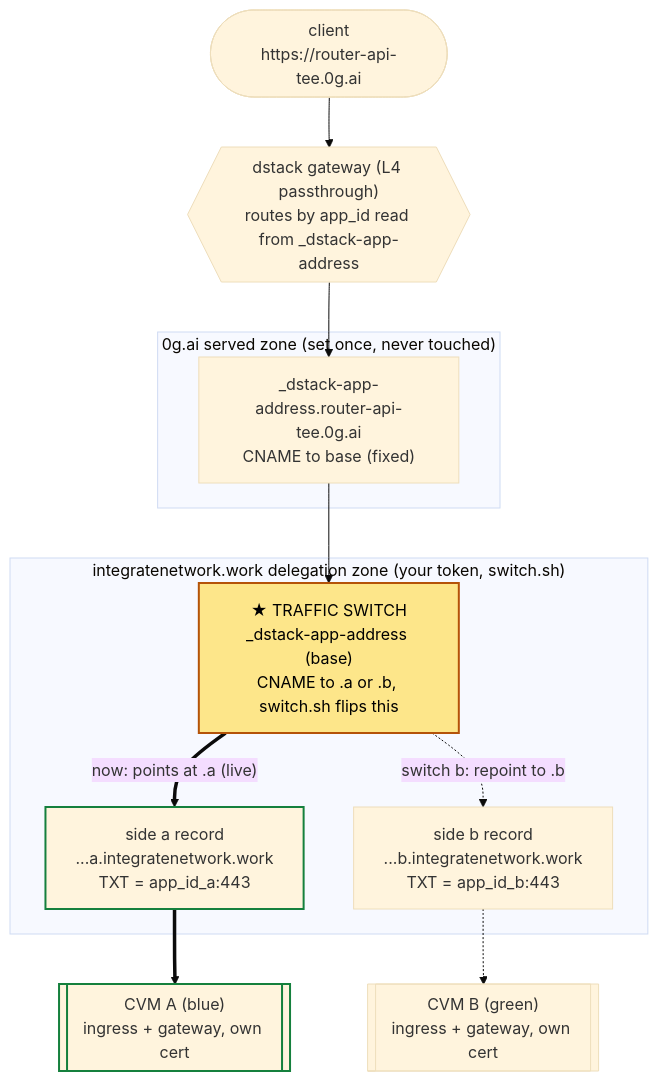
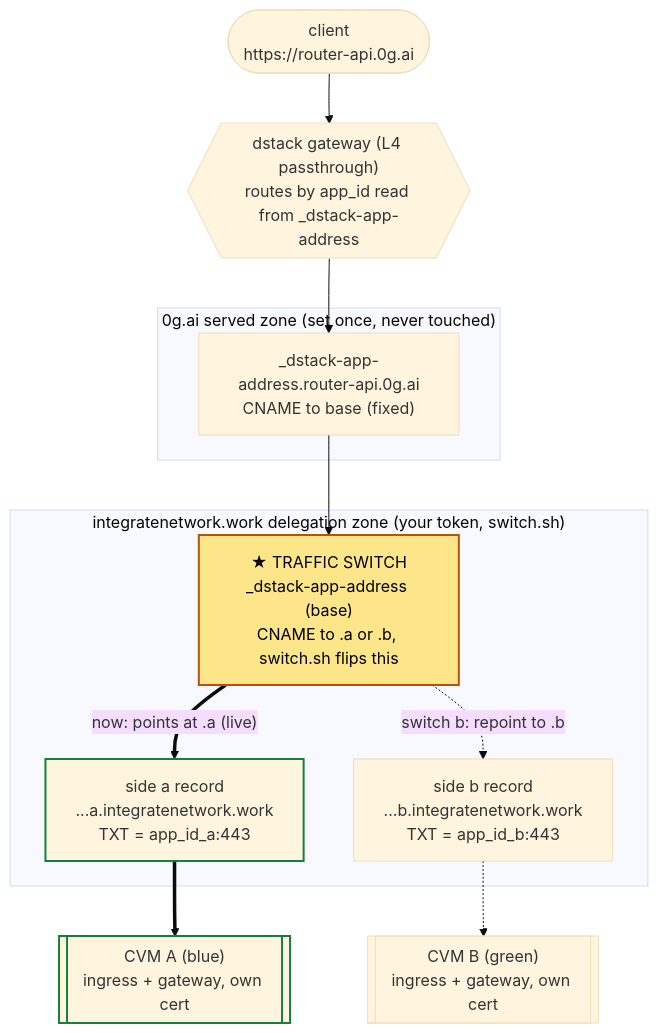
One commit to 0gfoundation/0g-pc-e2ee changed the diagram in deploy/phala/blue-green.md. Above: the diagram before and after it, drawn with Mermaid (base theme). The commit also changed other lines of this file and 5 other files, not shown here.

First line of the commit message:
docs, switch.sh: the production domain is router-api.0g.ai

````diff
--- a/deploy/phala/blue-green.md
+++ b/deploy/phala/blue-green.md
@@ -190,26 +190,26 @@
 ```mermaid
 flowchart TD
-    C(["client<br/>https://router-api-tee.0g.ai"]) --> GW
+    C(["client<br/>https://router-api.0g.ai"]) --> GW
     GW{{"dstack gateway (L4 passthrough)<br/>routes by app_id read from _dstack-app-address"}}
 
     subgraph Z0 ["0g.ai served zone (set once, never touched)"]
-        R0["_dstack-app-address.router-api-tee.0g.ai<br/>CNAME to base (fixed)"]
+        R0["_dstack-app-address.router-api.0g.ai<br/>CNAME to base (fixed)"]
     end
 
     subgraph ZD ["integratenetwork.work delegation zone (your token, switch.sh)"]
         SW["★ TRAFFIC SWITCH<br/>_dstack-app-address (base)<br/>CNAME to .a or .b, switch.sh flips this"]
         TA["side a record<br/>...a.integratenetwork.work<br/>TXT = app_id_a:443"]
         TB["side b record<br/>...b.integratenetwork.work<br/>TXT = app_id_b:443"]
     end
 
     GW --> R0 --> SW
     SW ==>|"now: points at .a (live)"| TA
     SW -.->|"switch b: repoint to .b"| TB
     TA ==> CA[["CVM A (blue)<br/>ingress + gateway, own cert"]]
     TB -.-> CB[["CVM B (green)<br/>ingress + gateway, own cert"]]
 
     classDef sw fill:#fde68a,stroke:#b45309,color:#000,stroke-width:2px
     classDef live stroke:#15803d,stroke-width:2px
     class SW sw
     class CA,TA live
 ```
````
